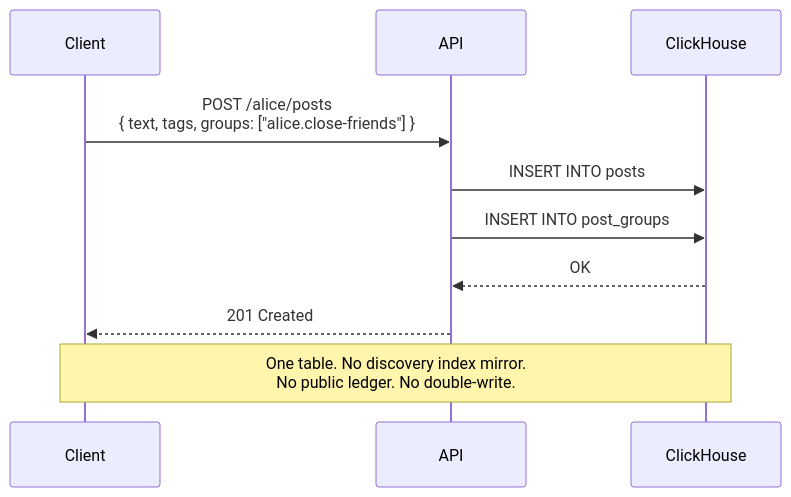
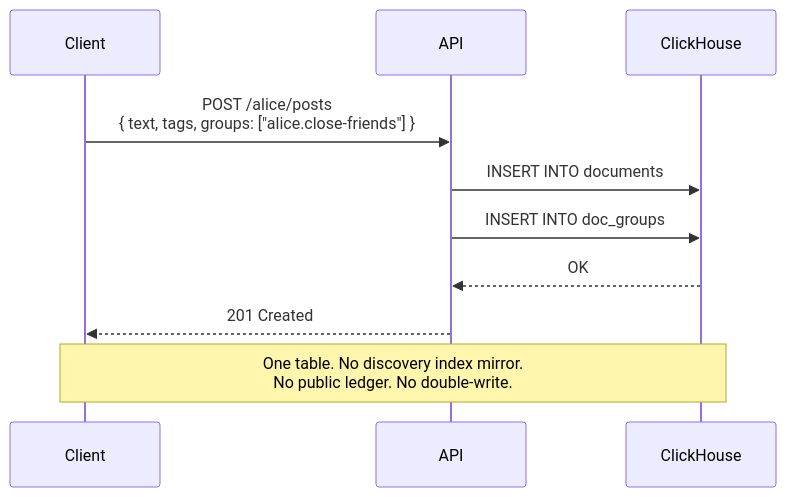
The sixth of 7 diagrams in knowledge/knowledge-base/web10-v3/overview.md (jacoby149/web10), drawn with Mermaid before and after one commit. The commit also changed other lines of this file and 17 other files, not shown here.

Commit message:
rename: posts table → documents table, post_id → doc_id, post_groups → doc_groups

````diff
--- a/knowledge/knowledge-base/web10-v3/overview.md
+++ b/knowledge/knowledge-base/web10-v3/overview.md
@@ -491,14 +491,14 @@
 ```mermaid
 sequenceDiagram
     participant Client
     participant API
     participant ClickHouse
 
     Client->>API: POST /alice/posts<br/>{ text, tags, groups: ["alice.close-friends"] }
-    API->>ClickHouse: INSERT INTO posts
-    API->>ClickHouse: INSERT INTO post_groups
+    API->>ClickHouse: INSERT INTO documents
+    API->>ClickHouse: INSERT INTO doc_groups
     ClickHouse-->>API: OK
     API-->>Client: 201 Created
 
     Note over Client,ClickHouse: One table. No discovery index mirror.<br/>No public ledger. No double-write.
 ```
````
